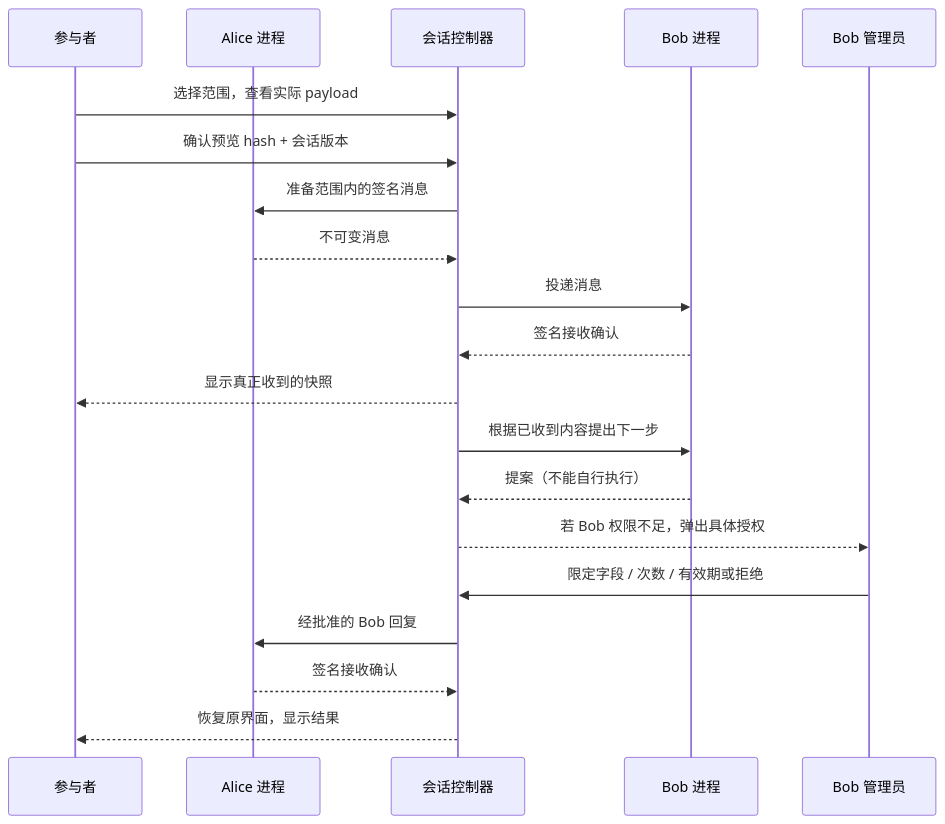
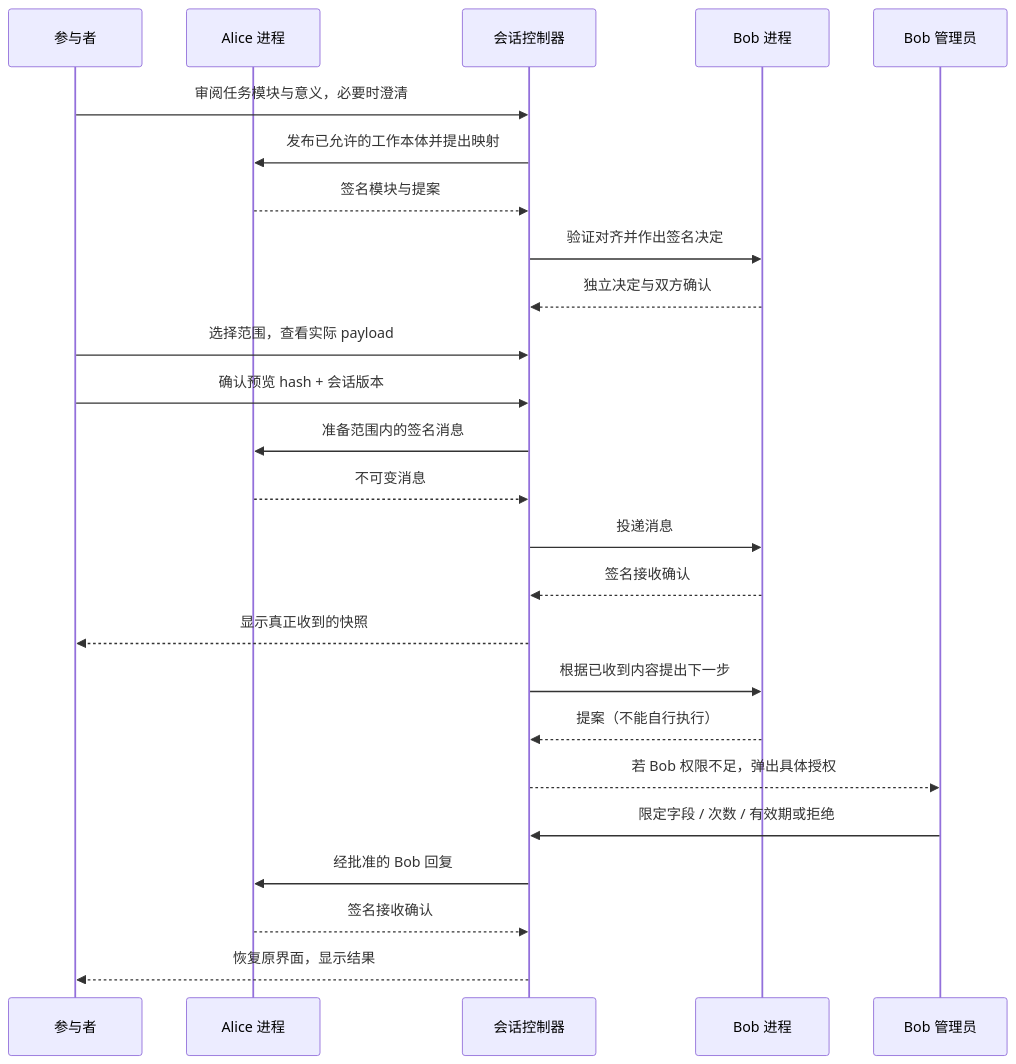
The first of 3 diagrams in README.md (BillShiyaoZhang/agent-on-request), drawn with Mermaid before and after one commit. The commit also changed other lines of this file and 30 other files, not shown here.

````diff
--- a/README.md
+++ b/README.md
@@ -56,22 +61,27 @@
 ```mermaid
 sequenceDiagram
     participant P as 参与者
     participant A as Alice 进程
     participant C as 会话控制器
     participant B as Bob 进程
     participant R as Bob 管理员
+    P->>C: 审阅任务模块与意义，必要时澄清
+    C->>A: 发布已允许的工作本体并提出映射
+    A-->>C: 签名模块与提案
+    C->>B: 验证对齐并作出签名决定
+    B-->>C: 独立决定与双方确认
     P->>C: 选择范围，查看实际 payload
     P->>C: 确认预览 hash + 会话版本
     C->>A: 准备范围内的签名消息
     A-->>C: 不可变消息
     C->>B: 投递消息
     B-->>C: 签名接收确认
     C-->>P: 显示真正收到的快照
     C->>B: 根据已收到内容提出下一步
     B-->>C: 提案（不能自行执行）
     C-->>R: 若 Bob 权限不足，弹出具体授权
     R->>C: 限定字段 / 次数 / 有效期或拒绝
     C->>A: 经批准的 Bob 回复
     A-->>C: 签名接收确认
     C-->>P: 恢复原界面，显示结果
 ```
````
